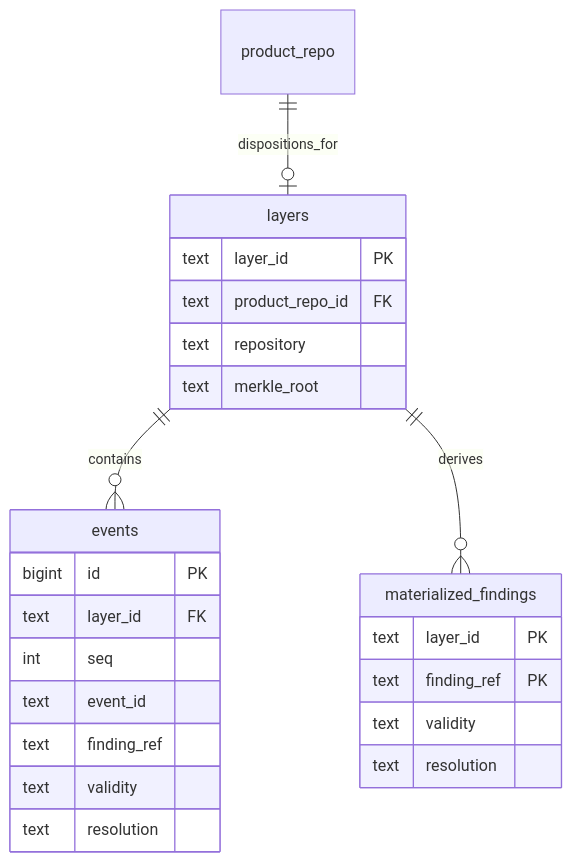
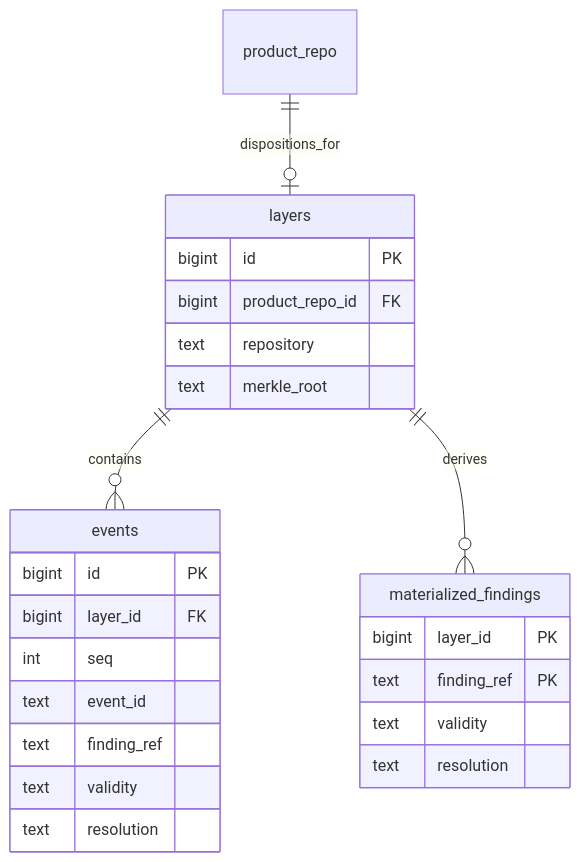
The fourth of 4 diagrams in docs/data-model.md (openshift/traust-contracts), drawn with Mermaid before and after one commit. The commit also changed other lines of this file and 49 other files, not shown here.

````diff
--- a/docs/data-model.md
+++ b/docs/data-model.md
@@ -169,28 +171,28 @@
 ```mermaid
 erDiagram
   product_repo ||--o| layers : dispositions_for
   layers ||--o{ events : contains
   layers ||--o{ materialized_findings : derives
 
   layers {
-    text layer_id PK
-    text product_repo_id FK
+    bigint id PK
+    bigint product_repo_id FK
     text repository
     text merkle_root
   }
   events {
     bigint id PK
-    text layer_id FK
+    bigint layer_id FK
     int seq
     text event_id
     text finding_ref
     text validity
     text resolution
   }
   materialized_findings {
-    text layer_id PK
+    bigint layer_id PK
     text finding_ref PK
     text validity
     text resolution
   }
 ```
````
